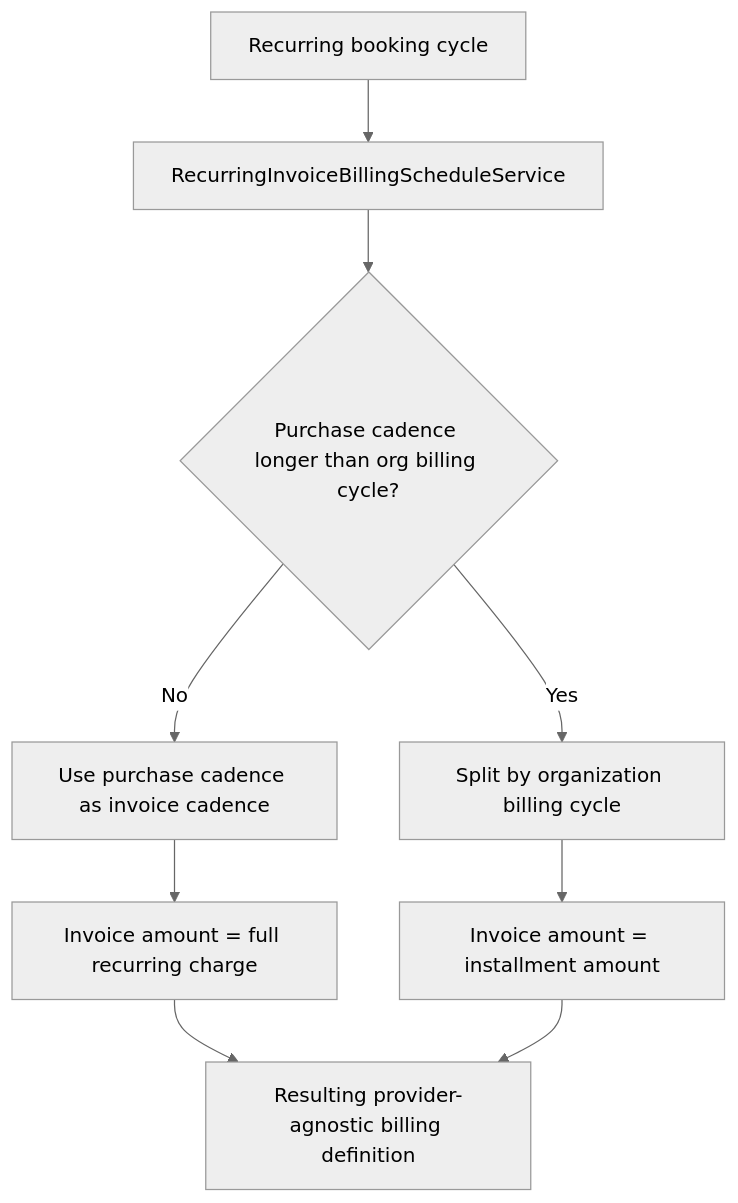
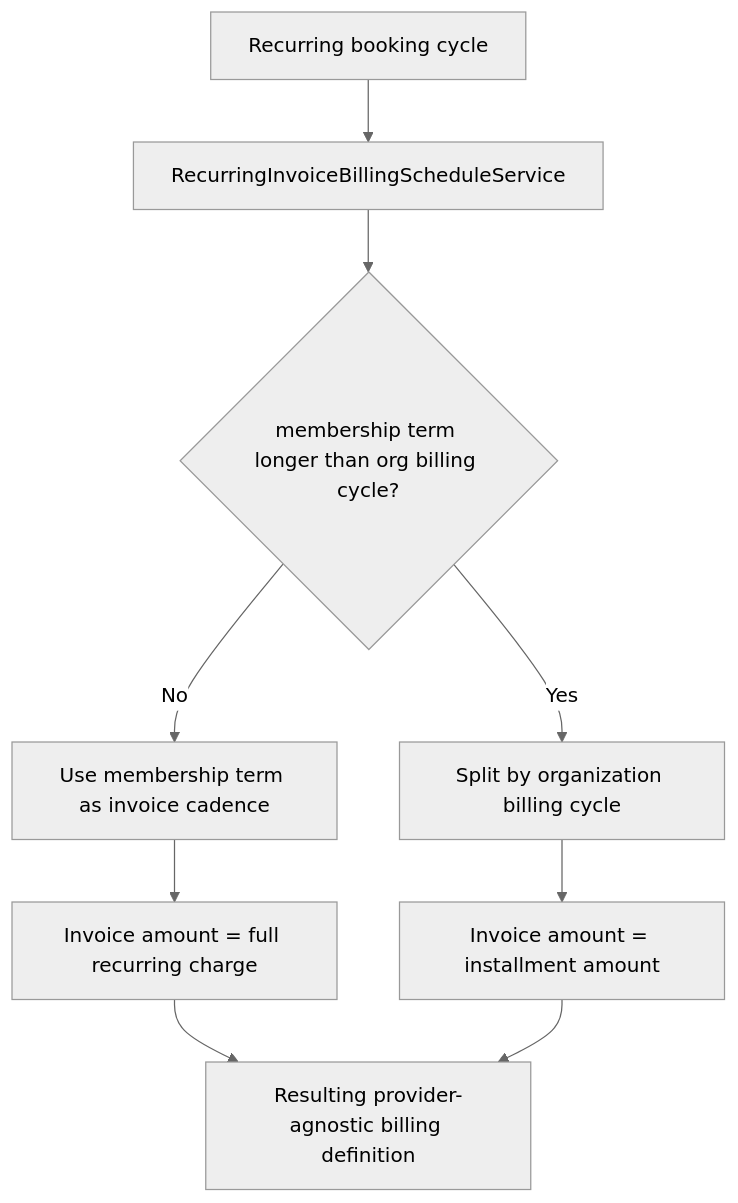
Before and after one commit to skedular/skedular: the seventh of 16 diagrams in src/booking/docs/architecture/booking-runtime-flows.md, drawn with Mermaid (neutral theme). The commit also changed other lines of this file and 259 other files, not shown here.

First line of the commit message:
Rename PurchaseCadence to MembershipTerm (#7)

````diff
--- a/src/booking/docs/architecture/booking-runtime-flows.md
+++ b/src/booking/docs/architecture/booking-runtime-flows.md
@@ -186,14 +186,14 @@
 ```mermaid
 flowchart TD
     A["Recurring booking cycle"] --> B["RecurringInvoiceBillingScheduleService"]
-    B --> C{"Purchase cadence longer than org billing cycle?"}
+    B --> C{"membership term longer than org billing cycle?"}
 
-    C -->|No| D["Use purchase cadence as invoice cadence"]
+    C -->|No| D["Use membership term as invoice cadence"]
     C -->|Yes| E["Split by organization billing cycle"]
 
     D --> F["Invoice amount = full recurring charge"]
     E --> G["Invoice amount = installment amount"]
 
     F --> H["Resulting provider-agnostic billing definition"]
     G --> H
 ```
````
